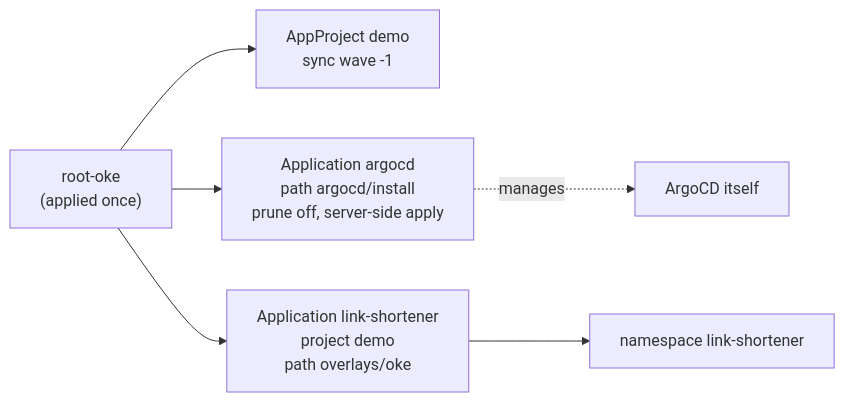
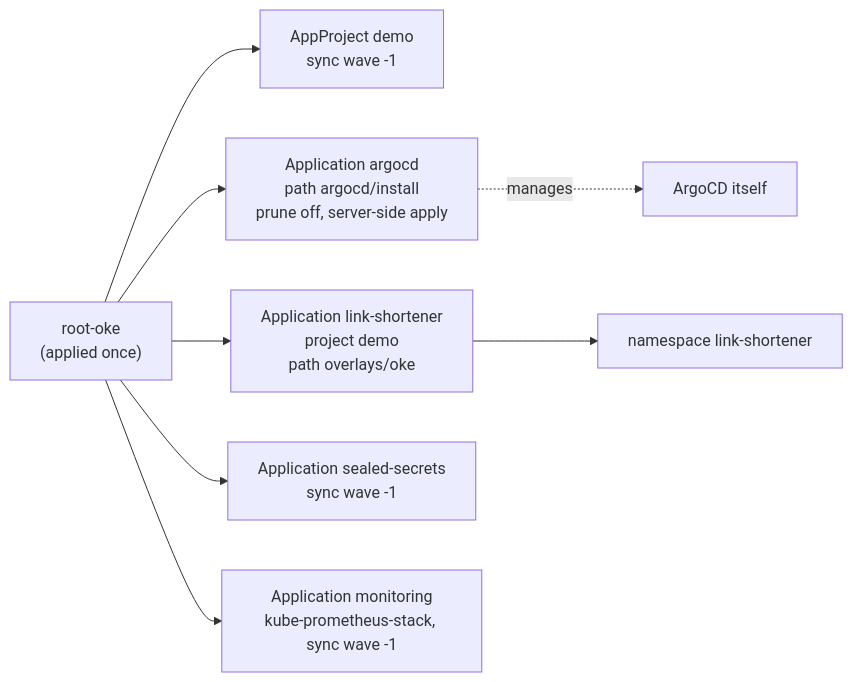
The second of 6 diagrams in docs/architecture.md (Sandeep-RN/oci-k8s-gitops-demo), drawn with Mermaid before and after one commit. The commit also changed other lines of this file and 2 other files, not shown here.

First line of the commit message:
Refresh README, architecture doc and terraform README (#75)

````diff
--- a/docs/architecture.md
+++ b/docs/architecture.md
@@ -91,8 +100,10 @@
 ```mermaid
 flowchart LR
     root["root-oke<br/>(applied once)"] --> proj["AppProject demo<br/>sync wave -1"]
     root --> argo["Application argocd<br/>path argocd/install<br/>prune off, server-side apply"]
     root --> app["Application link-shortener<br/>project demo<br/>path overlays/oke"]
+    root --> ss["Application sealed-secrets<br/>sync wave -1"]
+    root --> mon["Application monitoring<br/>kube-prometheus-stack, sync wave -1"]
     argo -. manages .-> argocd_ns["ArgoCD itself"]
     app --> ns["namespace link-shortener"]
 ```
````
